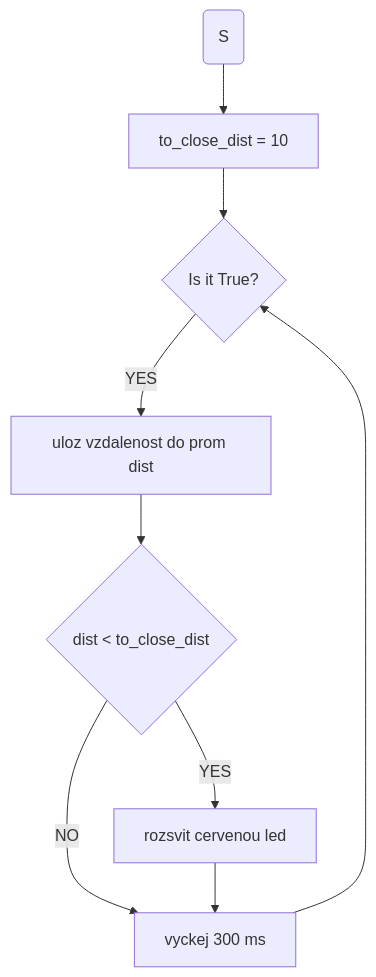
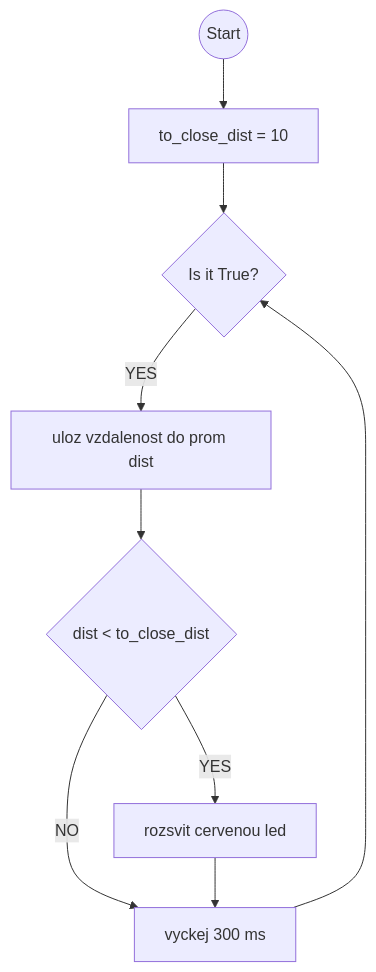
One commit to denisa-mat/BP-microbit changed the second of 3 diagrams in README.md. Above: the diagram before and after it, drawn with Mermaid. The commit also changed other lines of this file, not shown here.

Commit message:
mermaid fix

````diff
--- a/README.md
+++ b/README.md
@@ -86,12 +95,11 @@
 ``` mermaid
   graph TD;
-      A(S) --> B[to_close_dist = 10];
-      B --> C{Is it True?}
+      A((Start)) --> B[to_close_dist = 10];
+      B --> C{Is it True?};
       C -- YES --> D[uloz vzdalenost do prom dist];
 	  D --> E{dist < to_close_dist};
 	  	E -- YES --> G[rozsvit cervenou led];
       E -- NO --> H[vyckej 300 ms];
       G --> H;
       H --> C;
-	  
 ```
````
